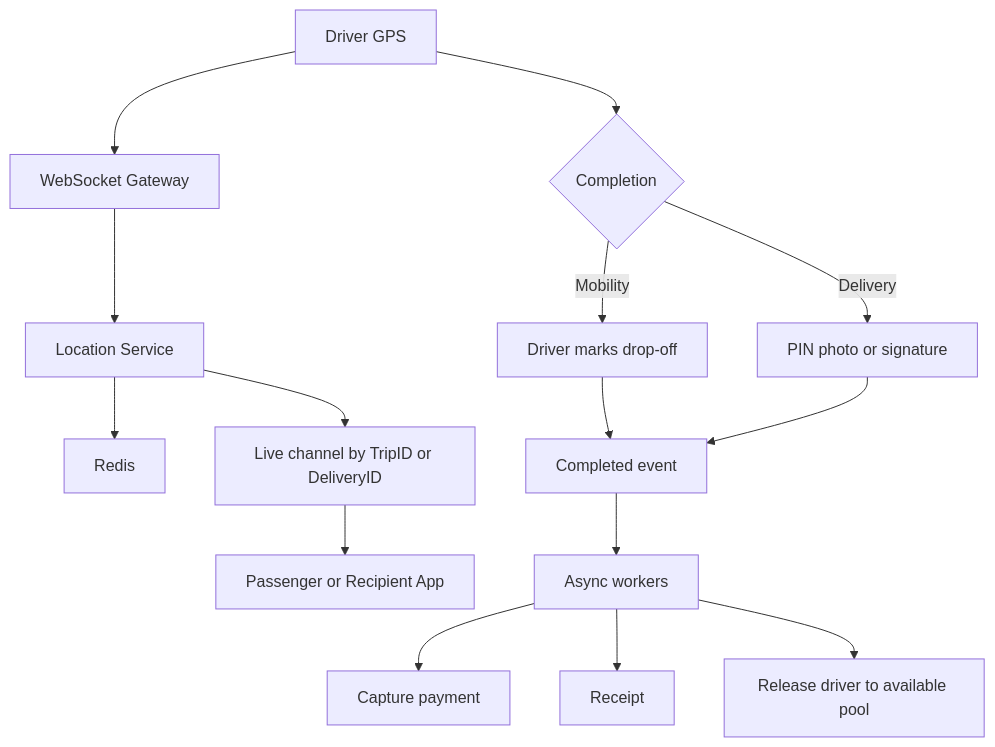
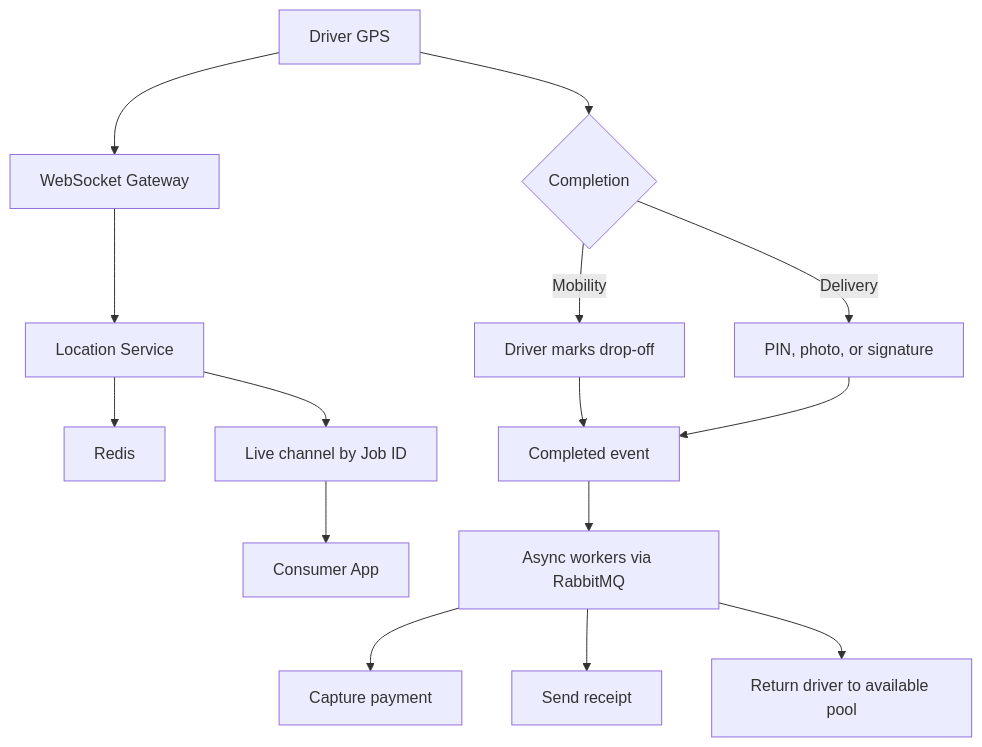
Diagram 12 of 17 in case-studies/mobility-delivery-platform/README.md (mostafiz57/Software-Architecture-Playbook), drawn with Mermaid before and after one commit. The commit also changed other lines of this file, not shown here.

````diff
--- a/case-studies/mobility-delivery-platform/README.md
+++ b/case-studies/mobility-delivery-platform/README.md
@@ -438,18 +425,18 @@
 ```mermaid
 flowchart TB
   DApp["Driver GPS"] --> WS["WebSocket Gateway"]
   WS --> Loc["Location Service"]
   Loc --> Redis["Redis"]
-  Loc --> Chan["Live channel by TripID or DeliveryID"]
-  Chan --> CApp["Passenger or Recipient App"]
+  Loc --> Chan["Live channel by Job ID"]
+  Chan --> CApp["Consumer App"]
 
   DApp --> Done{"Completion"}
   Done -->|"Mobility"| Drop["Driver marks drop-off"]
-  Done -->|"Delivery"| PoD["PIN photo or signature"]
+  Done -->|"Delivery"| PoD["PIN, photo, or signature"]
   Drop --> Event["Completed event"]
   PoD --> Event
-  Event --> Workers["Async workers"]
+  Event --> Workers["Async workers via RabbitMQ"]
   Workers --> Pay["Capture payment"]
-  Workers --> Rcpt["Receipt"]
-  Workers --> Pool["Release driver to available pool"]
+  Workers --> Rcpt["Send receipt"]
+  Workers --> Pool["Return driver to available pool"]
 ```
````
